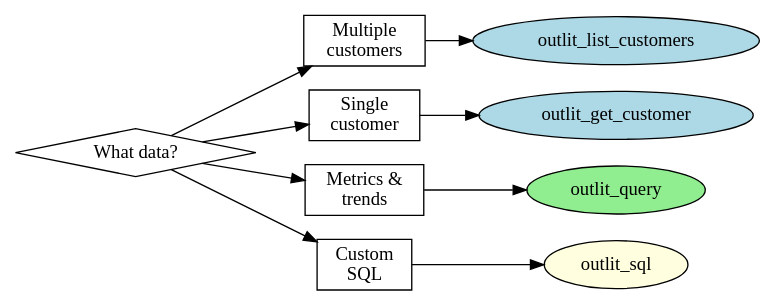
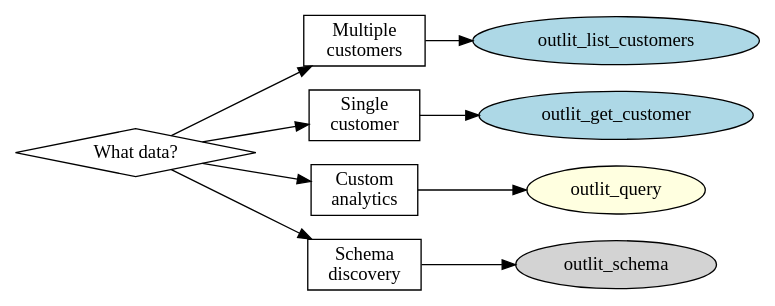
One commit to OutlitAI/outlit-agent-skills changed the first of 2 diagrams in skills/outlit-mcp/SKILL.md. Above: the diagram before and after it, drawn with Graphviz. The commit also changed other lines of this file and 5 other files, not shown here.

First line of the commit message:
refactor(outlit-mcp): update skill for MCP tool changes

````diff
--- a/skills/outlit-mcp/SKILL.md
+++ b/skills/outlit-mcp/SKILL.md
@@ -12,23 +12,23 @@
 ```dot
 digraph quickstart {
     rankdir=LR;
     node [shape=box];
 
     start [label="What data?" shape=diamond];
 
     customer_list [label="Multiple\ncustomers"];
     customer_single [label="Single\ncustomer"];
-    analytics [label="Metrics &\ntrends"];
-    custom [label="Custom\nSQL"];
+    analytics [label="Custom\nanalytics"];
+    discover [label="Schema\ndiscovery"];
 
     list_tool [label="outlit_list_customers" shape=ellipse style=filled fillcolor=lightblue];
     detail_tool [label="outlit_get_customer" shape=ellipse style=filled fillcolor=lightblue];
-    query_tool [label="outlit_query" shape=ellipse style=filled fillcolor=lightgreen];
-    sql_tool [label="outlit_sql" shape=ellipse style=filled fillcolor=lightyellow];
+    query_tool [label="outlit_query" shape=ellipse style=filled fillcolor=lightyellow];
+    schema_tool [label="outlit_schema" shape=ellipse style=filled fillcolor=lightgray];
 
     start -> customer_list -> list_tool;
     start -> customer_single -> detail_tool;
     start -> analytics -> query_tool;
-    start -> custom -> sql_tool;
+    start -> discover -> schema_tool;
 }
 ```
````
